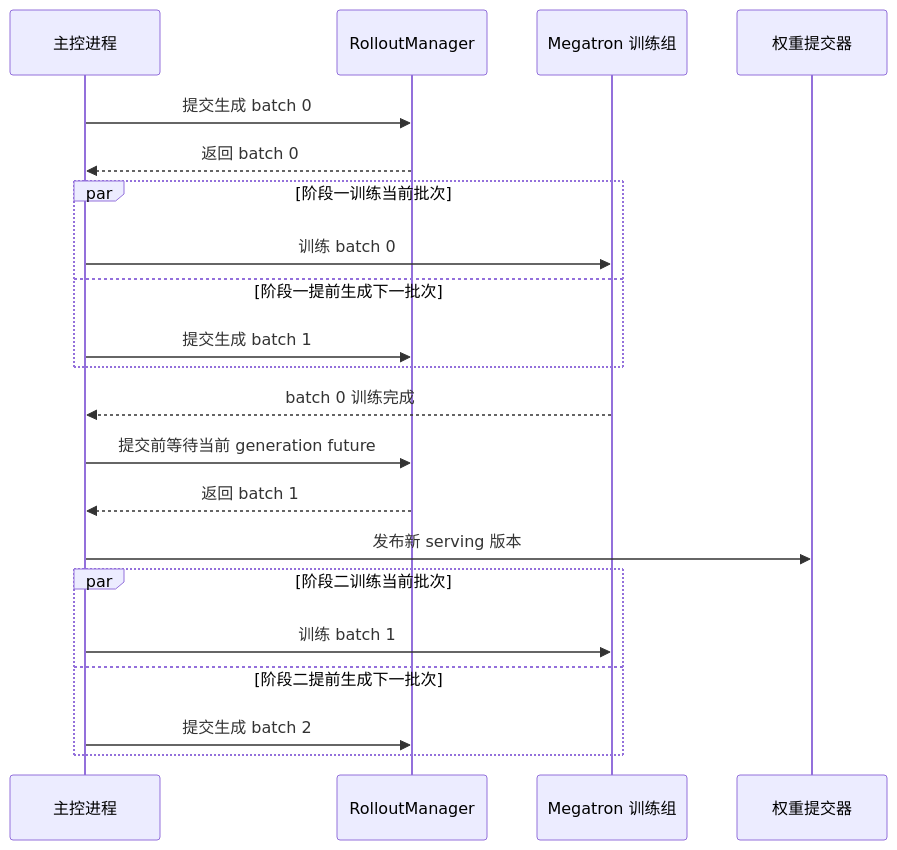
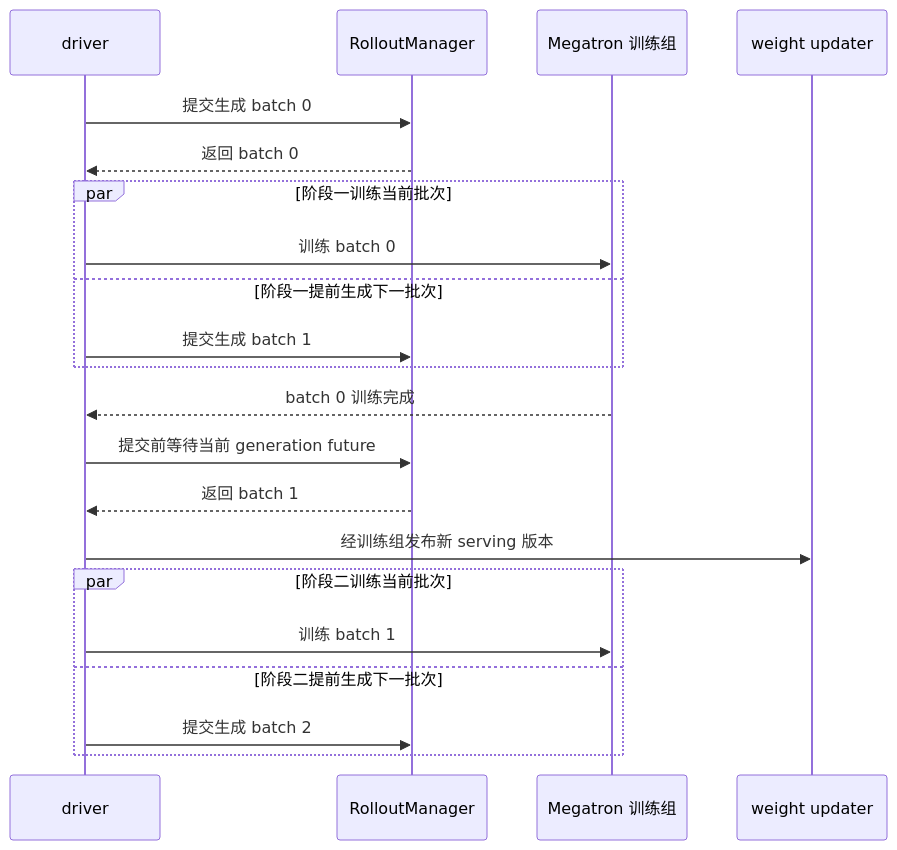
The third of 3 diagrams in wiki/02_engineering/04_posttrain_frameworks/slime/10_slime_end_to_end_iteration_analysis.md (suhaibo666/llm-knowledge), drawn with Mermaid before and after one commit. The commit also changed other lines of this file and 27 other files, not shown here.

````diff
--- a/wiki/02_engineering/04_posttrain_frameworks/slime/10_slime_end_to_end_iteration_analysis.md
+++ b/wiki/02_engineering/04_posttrain_frameworks/slime/10_slime_end_to_end_iteration_analysis.md
@@ -160,23 +171,23 @@
 ```mermaid
 sequenceDiagram
-    participant D as 主控进程
+    participant D as driver
     participant R as RolloutManager
     participant T as Megatron 训练组
-    participant W as 权重提交器
+    participant W as weight updater
     D->>R: 提交生成 batch 0
     R-->>D: 返回 batch 0
     par 阶段一训练当前批次
         D->>T: 训练 batch 0
     and 阶段一提前生成下一批次
         D->>R: 提交生成 batch 1
     end
     T-->>D: batch 0 训练完成
     D->>R: 提交前等待当前 generation future
     R-->>D: 返回 batch 1
-    D->>W: 发布新 serving 版本
+    D->>W: 经训练组发布新 serving 版本
     par 阶段二训练当前批次
         D->>T: 训练 batch 1
     and 阶段二提前生成下一批次
         D->>R: 提交生成 batch 2
     end
 ```
````
